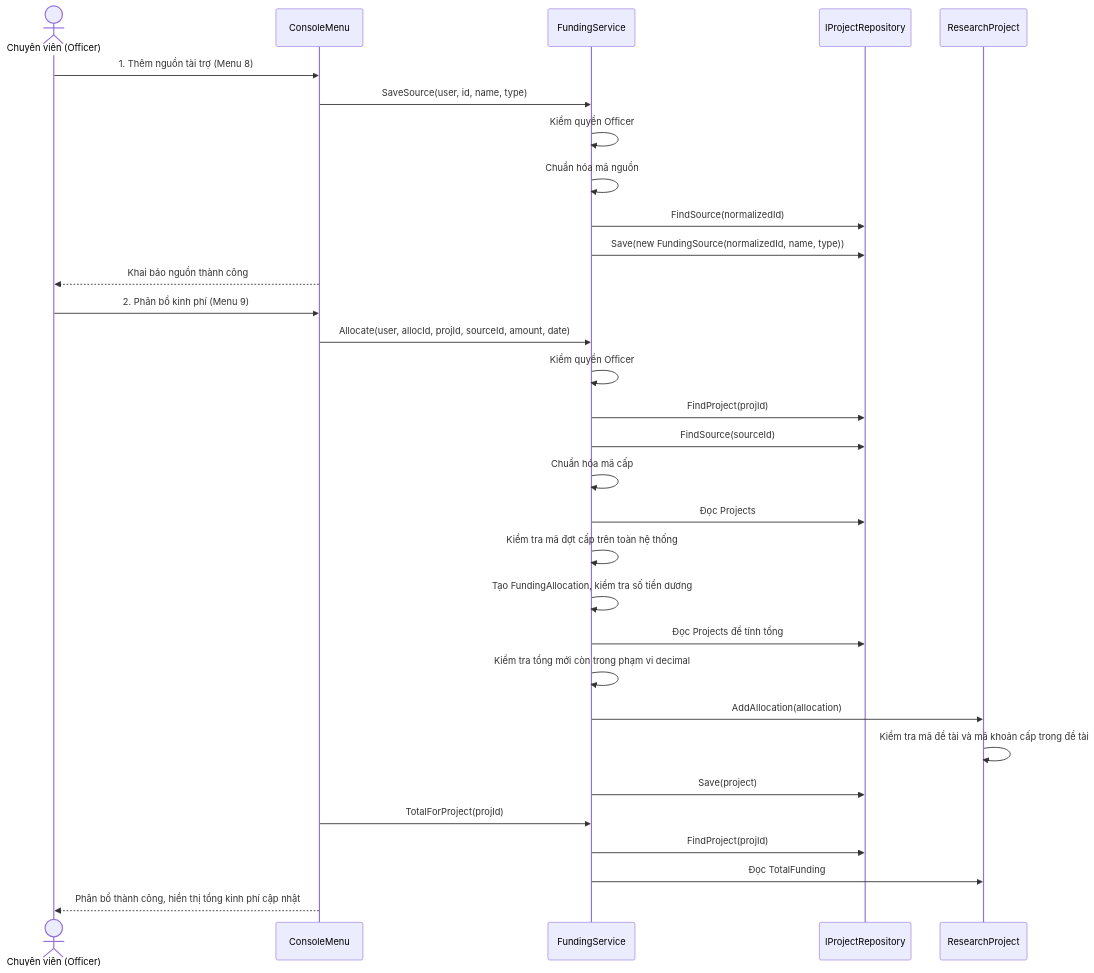
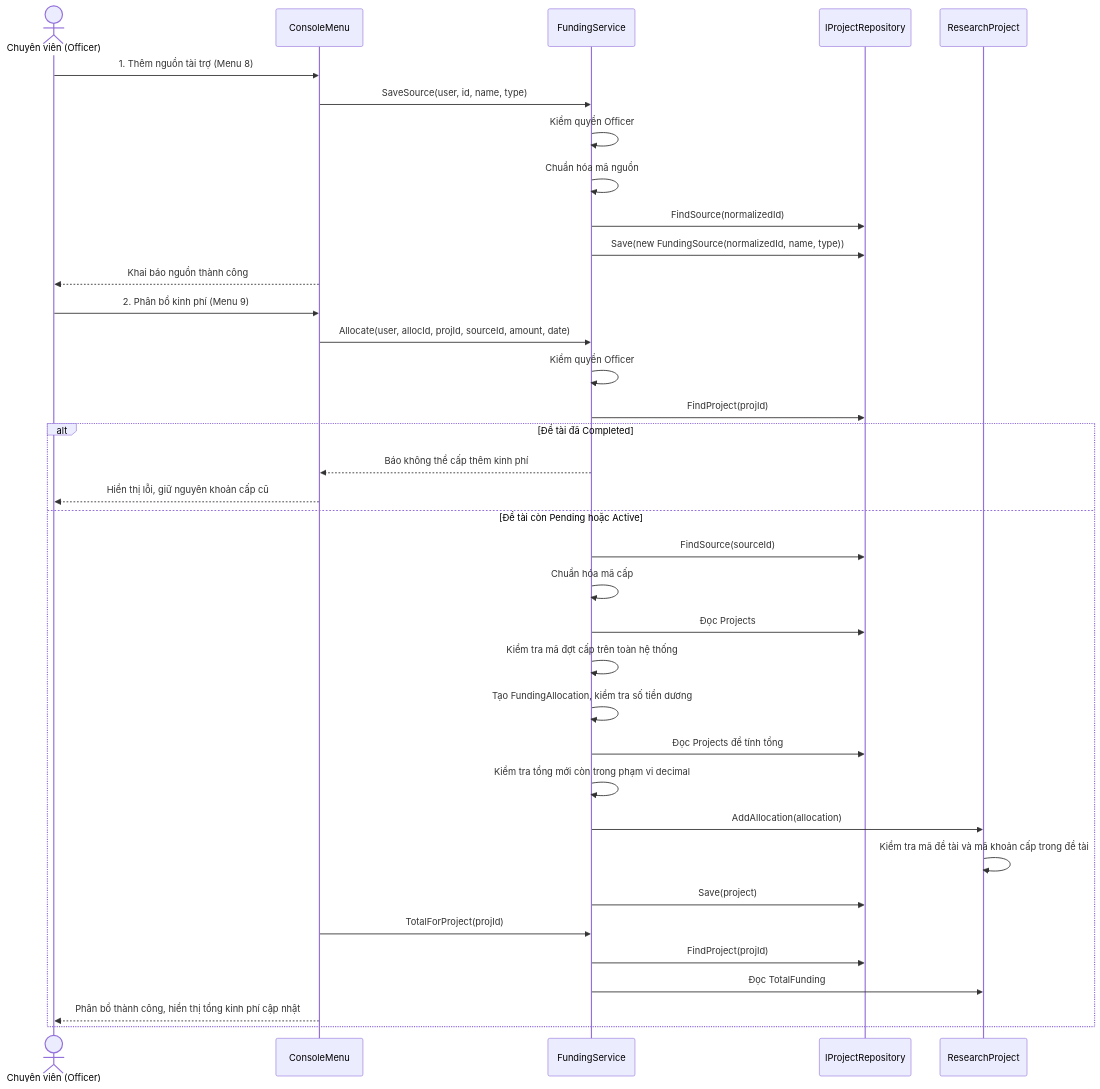
One commit to PKT-zZ/QLNCKH_OOP_FINAL changed the eighth of 10 diagrams in docs/uml.md. Above: the diagram before and after it, drawn with Mermaid. The commit also changed other lines of this file and 15 other files, not shown here.

````diff
--- a/docs/uml.md
+++ b/docs/uml.md
@@ -607,37 +603,42 @@
 ```mermaid
 sequenceDiagram
     actor CV as Chuyên viên (Officer)
     participant UI as ConsoleMenu
     participant FS as FundingService
     participant Repo as IProjectRepository
     participant P as ResearchProject
 
     %% Khai báo nguồn
     CV->>UI: 1. Thêm nguồn tài trợ (Menu 8)
     UI->>FS: SaveSource(user, id, name, type)
     FS->>FS: Kiểm quyền Officer
     FS->>FS: Chuẩn hóa mã nguồn
     FS->>Repo: FindSource(normalizedId)
     FS->>Repo: Save(new FundingSource(normalizedId, name, type))
     UI-->>CV: Khai báo nguồn thành công
 
     %% Phân bổ kinh phí
     CV->>UI: 2. Phân bổ kinh phí (Menu 9)
     UI->>FS: Allocate(user, allocId, projId, sourceId, amount, date)
     FS->>FS: Kiểm quyền Officer
     FS->>Repo: FindProject(projId)
-    FS->>Repo: FindSource(sourceId)
-    FS->>FS: Chuẩn hóa mã cấp
-    FS->>Repo: Đọc Projects
-    FS->>FS: Kiểm tra mã đợt cấp trên toàn hệ thống
-    FS->>FS: Tạo FundingAllocation, kiểm tra số tiền dương
-    FS->>Repo: Đọc Projects để tính tổng
-    FS->>FS: Kiểm tra tổng mới còn trong phạm vi decimal
-    FS->>P: AddAllocation(allocation)
-    P->>P: Kiểm tra mã đề tài và mã khoản cấp trong đề tài
-    FS->>Repo: Save(project)
-    UI->>FS: TotalForProject(projId)
-    FS->>Repo: FindProject(projId)
-    FS->>P: Đọc TotalFunding
-    UI-->>CV: Phân bổ thành công, hiển thị tổng kinh phí cập nhật
+    alt Đề tài đã Completed
+        FS-->>UI: Báo không thể cấp thêm kinh phí
+        UI-->>CV: Hiển thị lỗi, giữ nguyên khoản cấp cũ
+    else Đề tài còn Pending hoặc Active
+        FS->>Repo: FindSource(sourceId)
+        FS->>FS: Chuẩn hóa mã cấp
+        FS->>Repo: Đọc Projects
+        FS->>FS: Kiểm tra mã đợt cấp trên toàn hệ thống
+        FS->>FS: Tạo FundingAllocation, kiểm tra số tiền dương
+        FS->>Repo: Đọc Projects để tính tổng
+        FS->>FS: Kiểm tra tổng mới còn trong phạm vi decimal
+        FS->>P: AddAllocation(allocation)
+        P->>P: Kiểm tra mã đề tài và mã khoản cấp trong đề tài
+        FS->>Repo: Save(project)
+        UI->>FS: TotalForProject(projId)
+        FS->>Repo: FindProject(projId)
+        FS->>P: Đọc TotalFunding
+        UI-->>CV: Phân bổ thành công, hiển thị tổng kinh phí cập nhật
+    end
 ```
````
